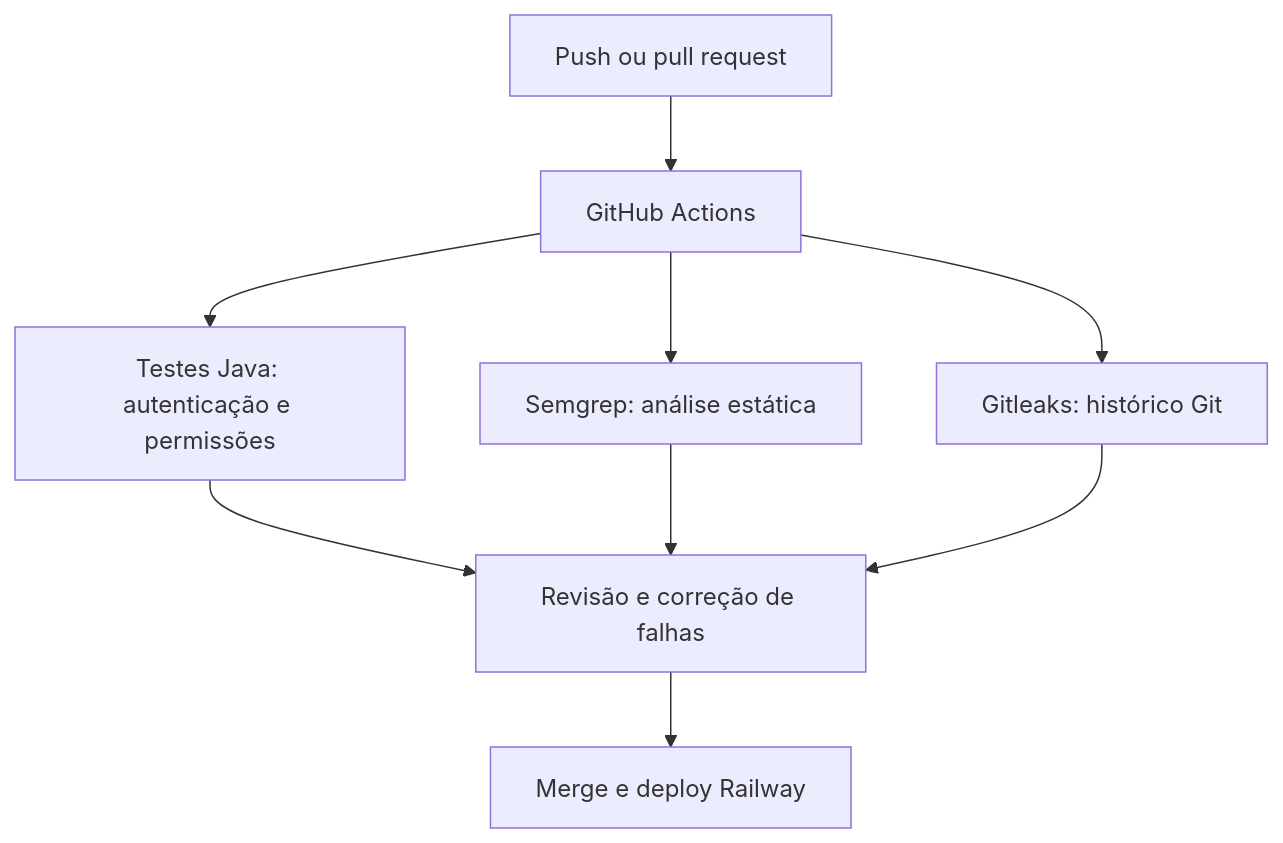
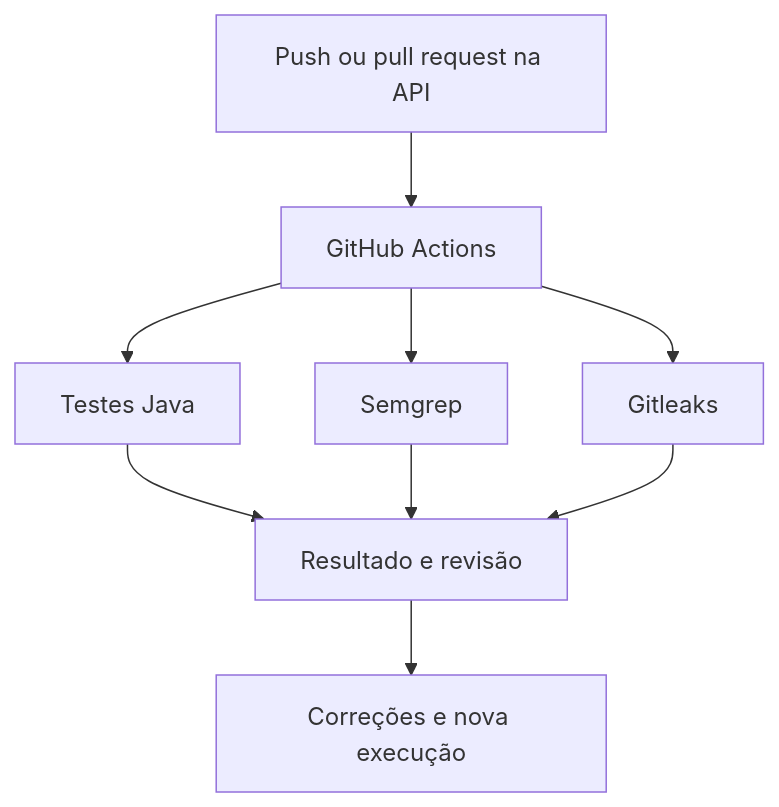
The diagram in README.md (AliAndrea1/Sprint-03-Cybersecurity), drawn with Mermaid before and after one commit. The commit also changed other lines of this file, not shown here.

````diff
--- a/README.md
+++ b/README.md
@@ -9,11 +34,11 @@
 ```mermaid
 flowchart TD
-    A["Push ou pull request"] --> B["GitHub Actions"]
-    B --> C["Testes Java: autenticação e permissões"]
-    B --> D["Semgrep: análise estática"]
-    B --> E["Gitleaks: histórico Git"]
-    C --> F["Revisão e correção de falhas"]
+    A["Push ou pull request na API"] --> B["GitHub Actions"]
+    B --> C["Testes Java"]
+    B --> D["Semgrep"]
+    B --> E["Gitleaks"]
+    C --> F["Resultado e revisão"]
     D --> F
     E --> F
-    F --> G["Merge e deploy Railway"]
+    F --> G["Correções e nova execução"]
 ```
````
